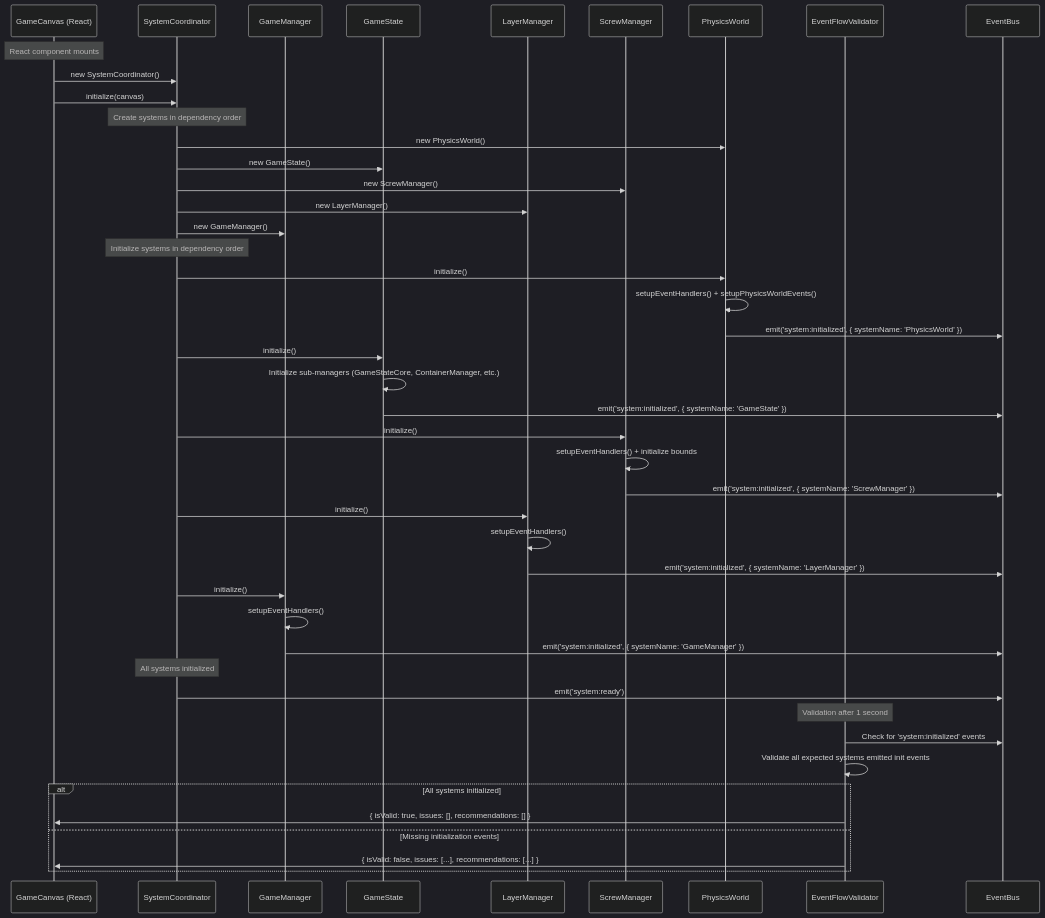
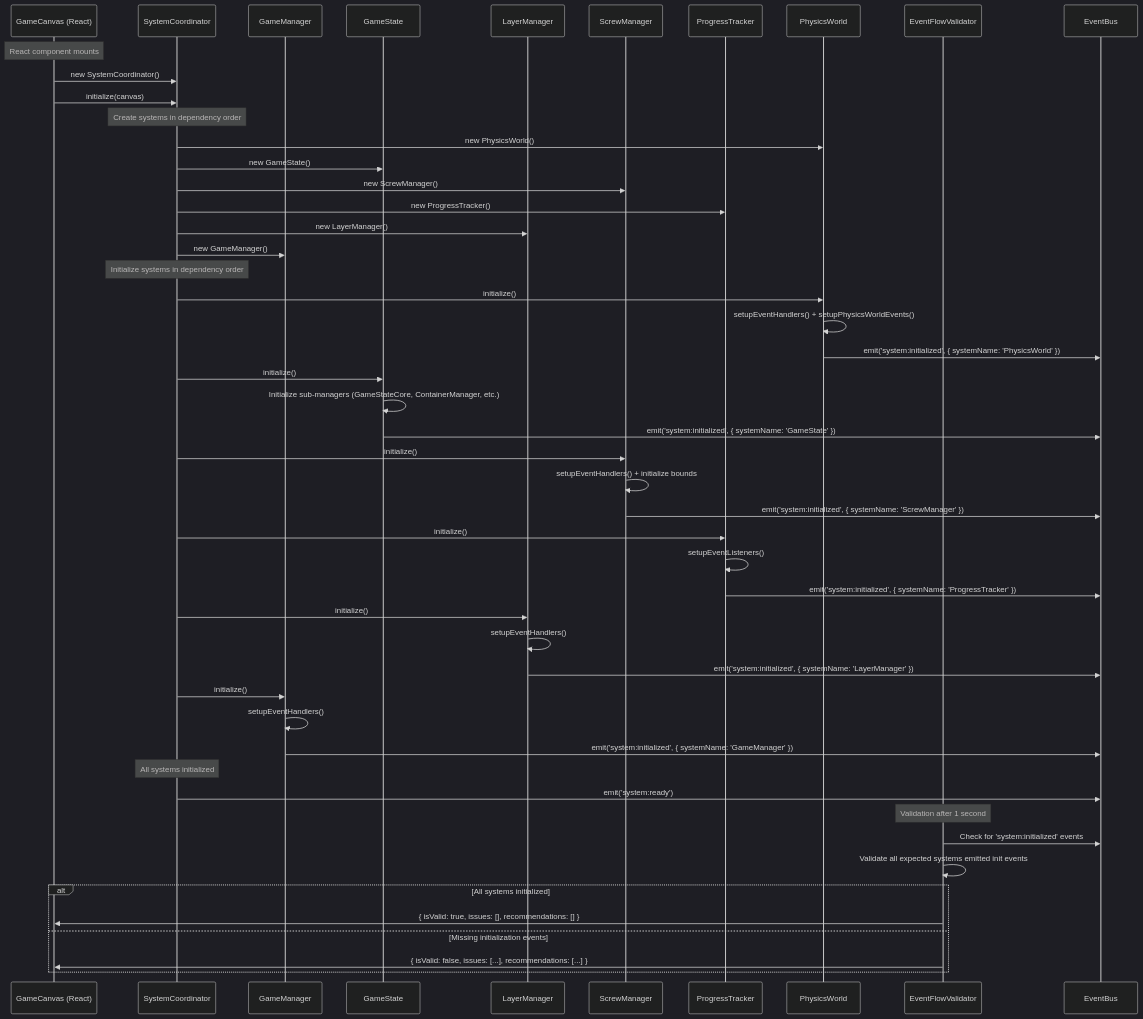
Before and after one commit to paulrobello/par-shape-2d: the second of 12 diagrams in docs/game_event_flows.md, drawn with Mermaid (dark theme). The commit also changed other lines of this file and 3 other files, not shown here.

````diff
--- a/docs/game_event_flows.md
+++ b/docs/game_event_flows.md
@@ -233,58 +264,64 @@
 ```mermaid
 sequenceDiagram
     participant GC as GameCanvas (React)
     participant SC as SystemCoordinator  
     participant GM as GameManager
     participant GS as GameState
     participant LM as LayerManager
     participant SM as ScrewManager
+    participant PT as ProgressTracker
     participant PW as PhysicsWorld
     participant EFV as EventFlowValidator
     participant EB as EventBus
 
     Note over GC: React component mounts
     GC->>SC: new SystemCoordinator()
     GC->>SC: initialize(canvas)
     
     Note over SC: Create systems in dependency order
     SC->>PW: new PhysicsWorld()
     SC->>GS: new GameState()
     SC->>SM: new ScrewManager()
+    SC->>PT: new ProgressTracker()
     SC->>LM: new LayerManager()
     SC->>GM: new GameManager()
     
     Note over SC: Initialize systems in dependency order
     
     SC->>PW: initialize()
     PW->>PW: setupEventHandlers() + setupPhysicsWorldEvents()
     PW->>EB: emit('system:initialized', { systemName: 'PhysicsWorld' })
     
     SC->>GS: initialize()
     GS->>GS: Initialize sub-managers (GameStateCore, ContainerManager, etc.)
     GS->>EB: emit('system:initialized', { systemName: 'GameState' })
     
     SC->>SM: initialize()
     SM->>SM: setupEventHandlers() + initialize bounds
     SM->>EB: emit('system:initialized', { systemName: 'ScrewManager' })
+    
+    SC->>PT: initialize()
+    PT->>PT: setupEventListeners()
+    PT->>EB: emit('system:initialized', { systemName: 'ProgressTracker' })
     
     SC->>LM: initialize()
     LM->>LM: setupEventHandlers()
     LM->>EB: emit('system:initialized', { systemName: 'LayerManager' })
     
     SC->>GM: initialize()
     GM->>GM: setupEventHandlers()
     GM->>EB: emit('system:initialized', { systemName: 'GameManager' })
     
     Note over SC: All systems initialized
     SC->>EB: emit('system:ready')
     
     Note over EFV: Validation after 1 second
     EFV->>EB: Check for 'system:initialized' events
     EFV->>EFV: Validate all expected systems emitted init events
     
     alt All systems initialized
         EFV->>GC: { isValid: true, issues: [], recommendations: [] }
     else Missing initialization events
         EFV->>GC: { isValid: false, issues: [...], recommendations: [...] }
     end
 ```
````
